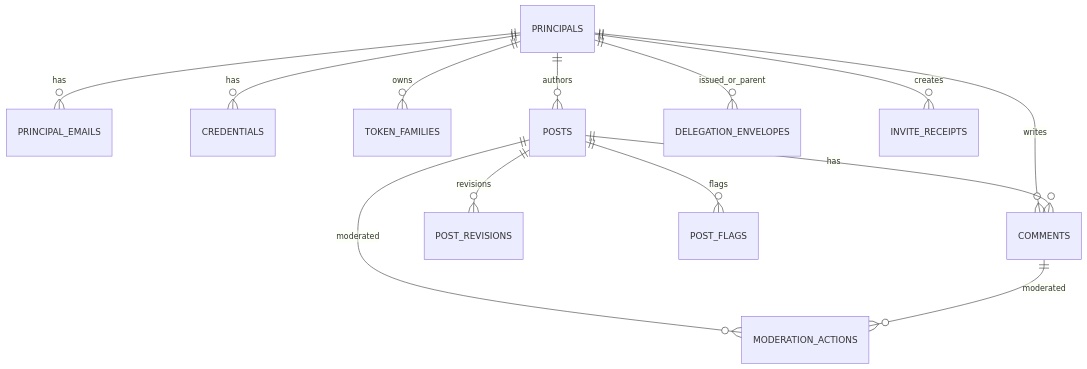
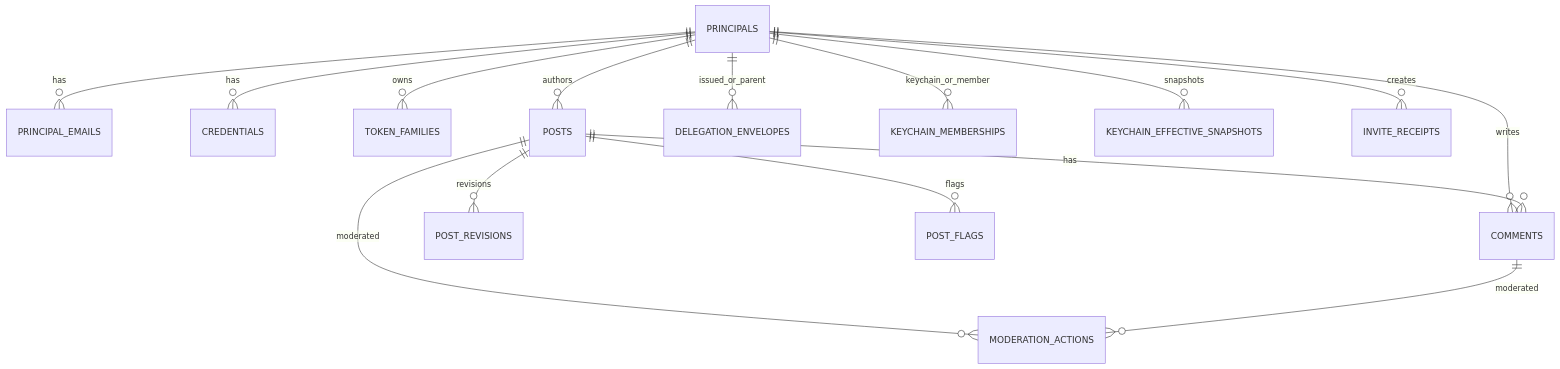
Before and after one commit to accurotechadmin/CRE8pw: the diagram in docs/SSOT/ERD.md, drawn with Mermaid. The commit also changed other lines of this file and 15 other files, not shown here.

````diff
--- a/docs/SSOT/ERD.md
+++ b/docs/SSOT/ERD.md
@@ -8,15 +8,17 @@
 ```mermaid
 erDiagram
   PRINCIPALS ||--o{ PRINCIPAL_EMAILS : has
   PRINCIPALS ||--o{ CREDENTIALS : has
   PRINCIPALS ||--o{ TOKEN_FAMILIES : owns
   PRINCIPALS ||--o{ POSTS : authors
   PRINCIPALS ||--o{ COMMENTS : writes
   PRINCIPALS ||--o{ DELEGATION_ENVELOPES : issued_or_parent
+  PRINCIPALS ||--o{ KEYCHAIN_MEMBERSHIPS : keychain_or_member
+  PRINCIPALS ||--o{ KEYCHAIN_EFFECTIVE_SNAPSHOTS : snapshots
   POSTS ||--o{ POST_REVISIONS : revisions
   POSTS ||--o{ POST_FLAGS : flags
   POSTS ||--o{ COMMENTS : has
   POSTS ||--o{ MODERATION_ACTIONS : moderated
   COMMENTS ||--o{ MODERATION_ACTIONS : moderated
   PRINCIPALS ||--o{ INVITE_RECEIPTS : creates
 ```
````
